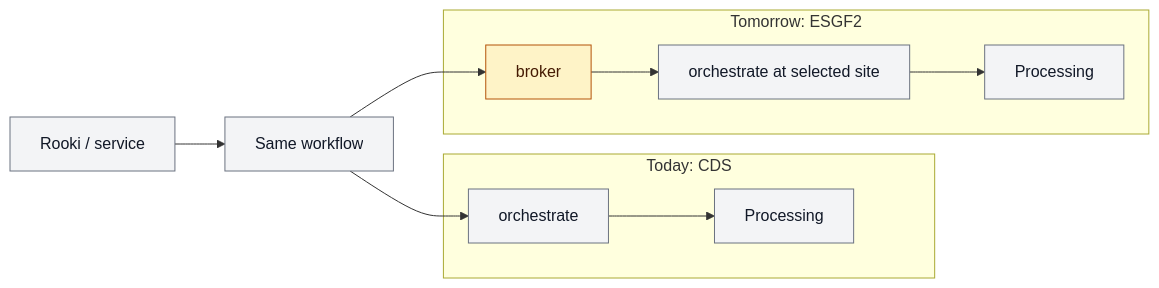
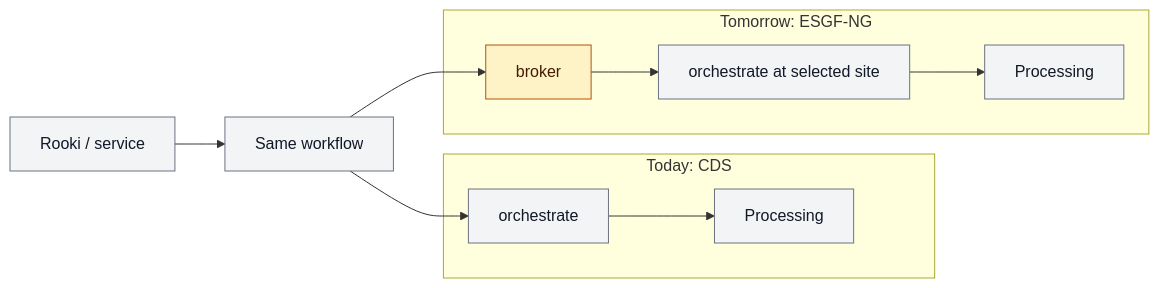
Before and after one commit to roocs/rook: the seventh of 11 diagrams in Rook_WPS_ESGF2_talk_draft.md, drawn with Mermaid. The commit also changed other lines of this file and 2 other files, not shown here.

First line of the commit message:
Update slides ESGF-NG (#384)

````diff
--- a/Rook_WPS_ESGF2_talk_draft.md
+++ b/Rook_WPS_ESGF2_talk_draft.md
@@ -330,20 +360,21 @@
 ```mermaid
+%%{init: {"themeCSS": ".cluster-label { font-size: 20px; }"}}%%
 flowchart LR
     Client["Rooki / service"] --> Workflow["Same workflow"]
 
     subgraph CDS["Today: CDS"]
         OrchestrateCDS["orchestrate"] --> ProcessingCDS["Processing"]
     end
 
-    subgraph ESGF["Tomorrow: ESGF2"]
+    subgraph ESGF["Tomorrow: ESGF-NG"]
         Broker["broker"] --> OrchestrateESGF["orchestrate at selected site"]
         OrchestrateESGF --> ProcessingESGF["Processing"]
     end
 
     Workflow --> OrchestrateCDS
     Workflow --> Broker
 
     classDef default fill:#f3f4f6,stroke:#6b7280,color:#111827
     classDef new fill:#fef3c7,stroke:#b45309,color:#451a03
     class Broker new
 ```
````
